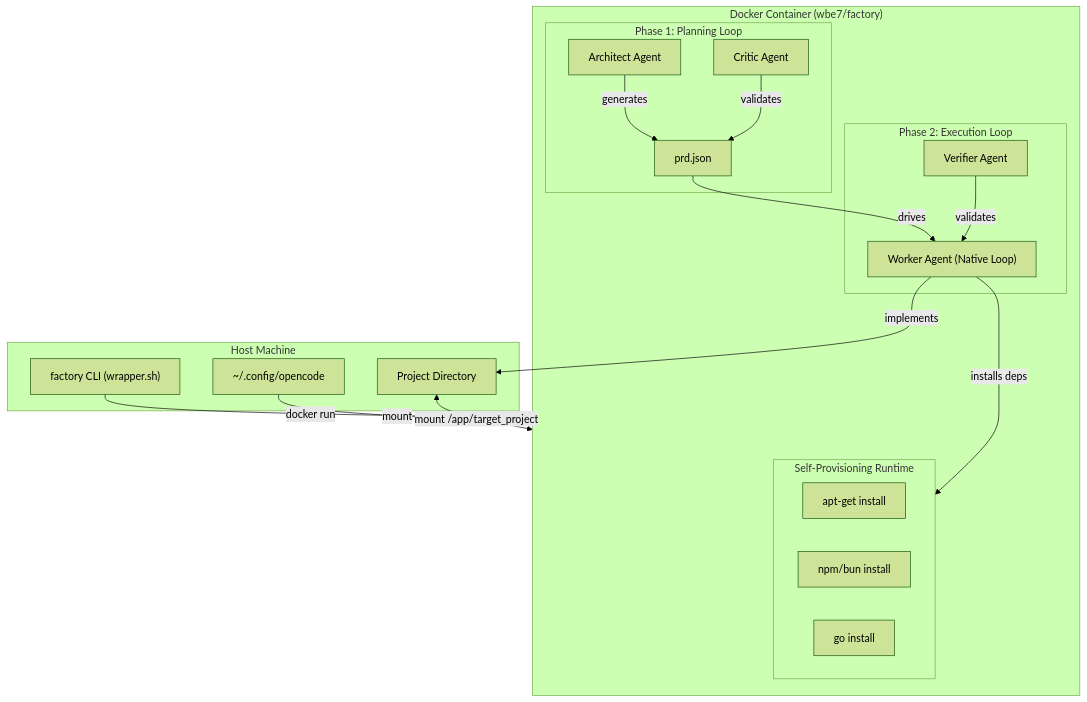
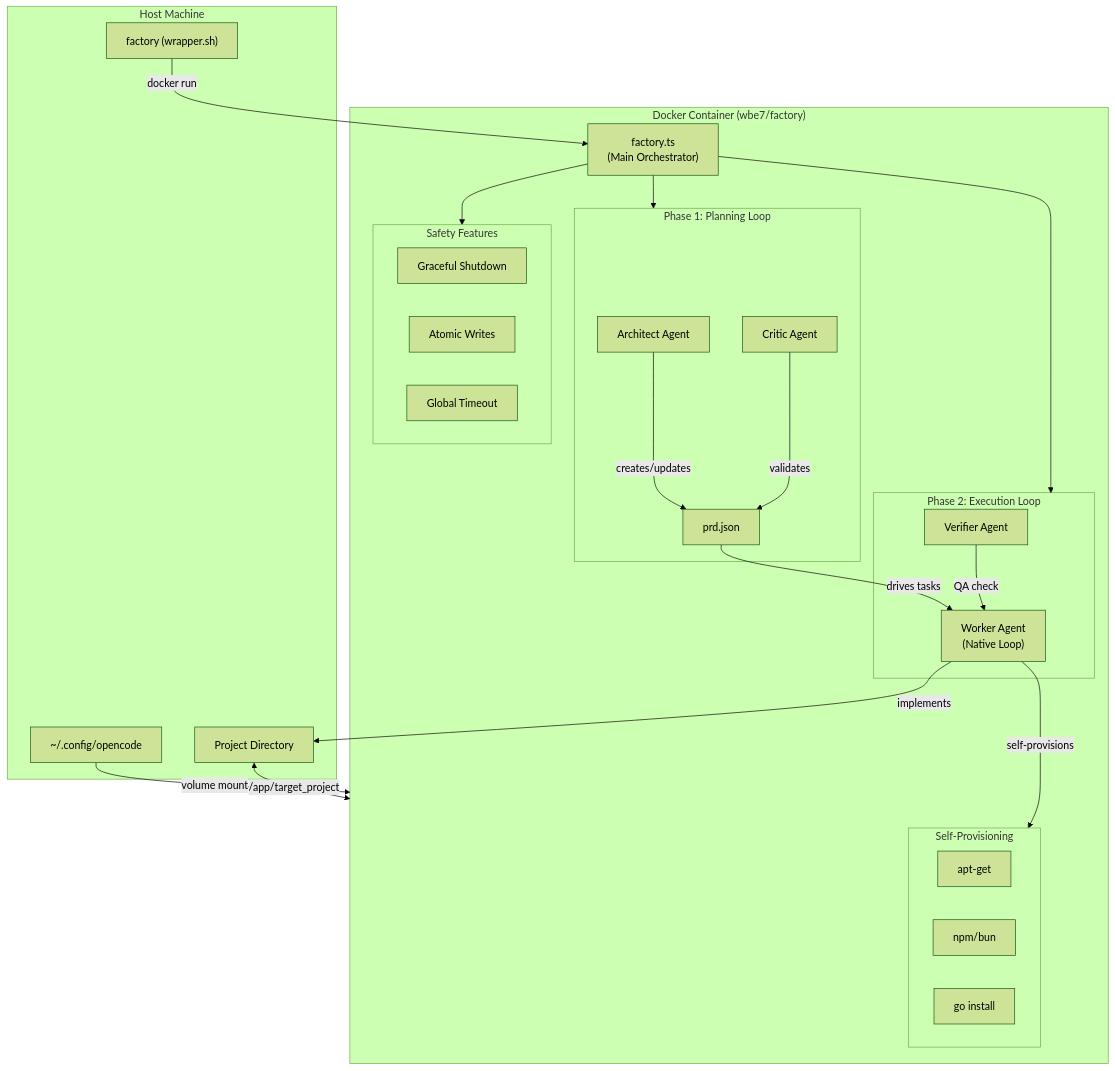
Before and after one commit to wbe7/factory: the first of 4 diagrams in .gemini/docs/ARCHITECTURE.md, drawn with Mermaid (forest theme). The commit also changed 1 other file, not shown here.

Commit message:
docs: improve architecture diagram and README
ARCHITECTURE.md:
- Add factory.ts as Main Orchestrator node
- Add Safety Features subgraph

README.md:
- Add Prerequisites section (Docker, Git, OpenCode)
- Add git clone step to Quick Start
- Fix installation flow for consistency

````diff
--- a/.gemini/docs/ARCHITECTURE.md
+++ b/.gemini/docs/ARCHITECTURE.md
@@ -21,39 +21,50 @@
 ```mermaid
 flowchart TB
     subgraph Host["Host Machine"]
-        CLI["factory CLI (wrapper.sh)"]
+        CLI["factory (wrapper.sh)"]
         Config["~/.config/opencode"]
         Project["Project Directory"]
     end
 
     subgraph Docker["Docker Container (wbe7/factory)"]
+        Orchestrator["factory.ts<br/>(Main Orchestrator)"]
+        
         subgraph Planning["Phase 1: Planning Loop"]
             Architect["Architect Agent"]
             Critic["Critic Agent"]
             PRD["prd.json"]
         end
 
         subgraph Execution["Phase 2: Execution Loop"]
-            Worker["Worker Agent (Native Loop)"]
+            Worker["Worker Agent<br/>(Native Loop)"]
             Verifier["Verifier Agent"]
         end
 
-        subgraph Runtime["Self-Provisioning Runtime"]
-            Apt["apt-get install"]
-            NPM["npm/bun install"]
+        subgraph Safety["Safety Features"]
+            Shutdown["Graceful Shutdown"]
+            Atomic["Atomic Writes"]
+            Timeout["Global Timeout"]
+        end
+
+        subgraph Runtime["Self-Provisioning"]
+            Apt["apt-get"]
+            NPM["npm/bun"]
             Go["go install"]
         end
     end
 
-    CLI -->|"docker run"| Docker
-    Config -->|"mount"| Docker
-    Project <-->|"mount /app/target_project"| Docker
+    CLI -->|"docker run"| Orchestrator
+    Config -->|"volume mount"| Docker
+    Project <-->|"/app/target_project"| Docker
 
-    Architect -->|"generates"| PRD
+    Orchestrator --> Planning
+    Orchestrator --> Execution
+    Orchestrator --> Safety
+
+    Architect -->|"creates/updates"| PRD
     Critic -->|"validates"| PRD
-    PRD -->|"drives"| Worker
+    PRD -->|"drives tasks"| Worker
     Worker -->|"implements"| Project
-    Verifier -->|"validates"| Worker
-
-    Worker -->|"installs deps"| Runtime
+    Worker -->|"self-provisions"| Runtime
+    Verifier -->|"QA check"| Worker
 ```
````
